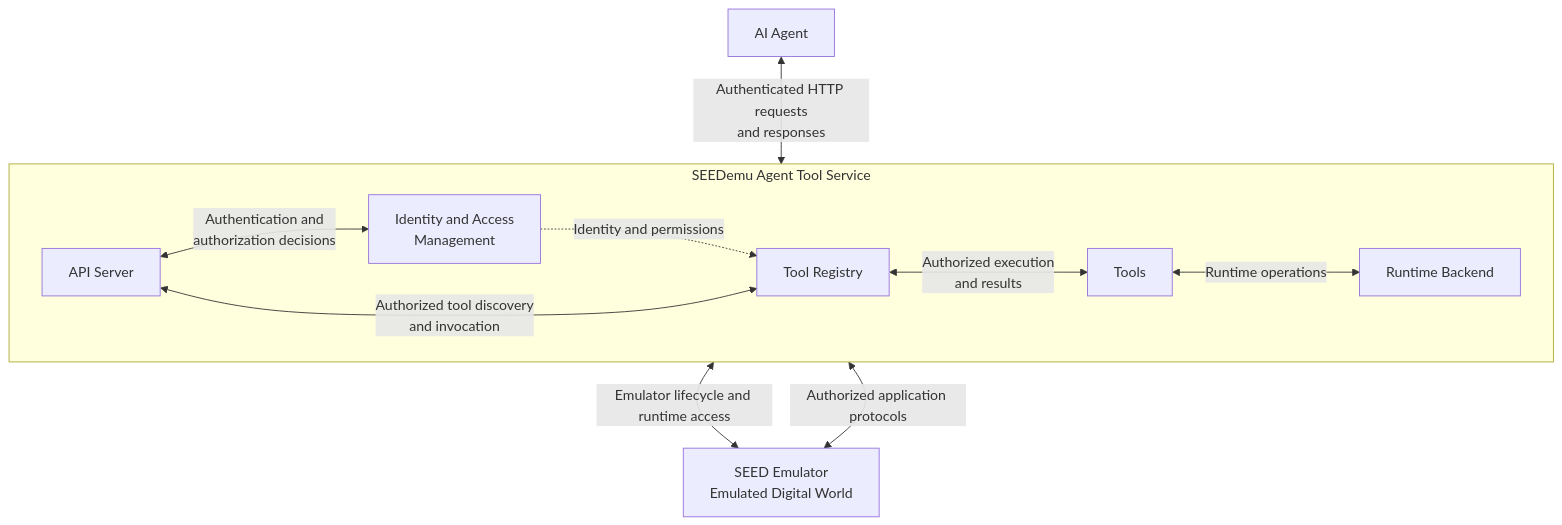
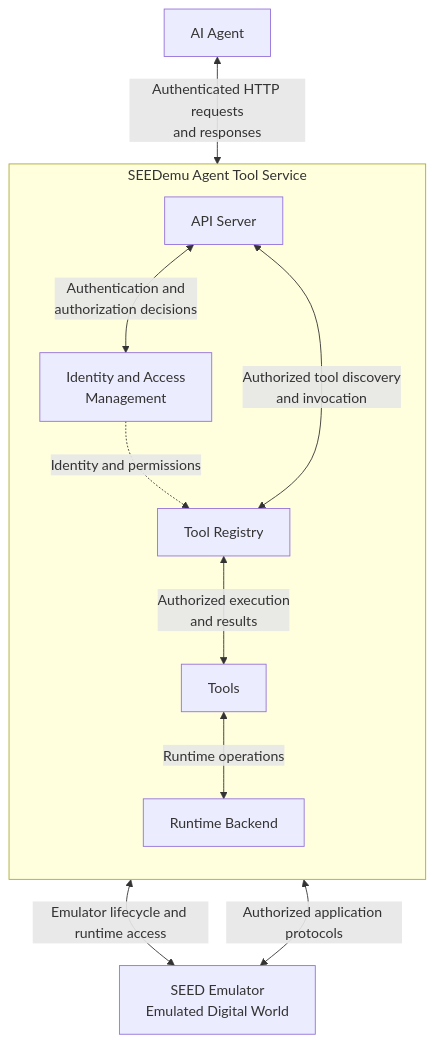
The diagram in docs/tool-service/design.md (hhy123415/seedemu-agent-tools), drawn with Mermaid before and after one commit.

````diff
--- a/docs/tool-service/design.md
+++ b/docs/tool-service/design.md
@@ -11,25 +11,25 @@
 ```mermaid
 flowchart TB
     Agent[AI Agent]
 
     subgraph Host["SEEDemu Agent Tool Service "]
-        direction LR
+        direction TB
 
         API[API Server]
         IAM[Identity and Access<br/>Management]
         Registry[Tool Registry]
         Tools[Tools]
         Backend[Runtime Backend]
 
         API <-->|Authentication and<br/>authorization decisions| IAM
         IAM -.->|Identity and permissions| Registry
         API <-->|Authorized tool discovery<br/>and invocation| Registry
         Registry <-->|Authorized execution<br/>and results| Tools
         Tools <-->|Runtime operations| Backend
     end
     Emulator[SEED Emulator<br/>Emulated Digital World]
 
     Agent <-->|Authenticated HTTP requests<br/>and responses| API
     Backend <-->|Emulator lifecycle and runtime access| Emulator
     Tools <-->|Authorized application protocols| Emulator
 ```
````
